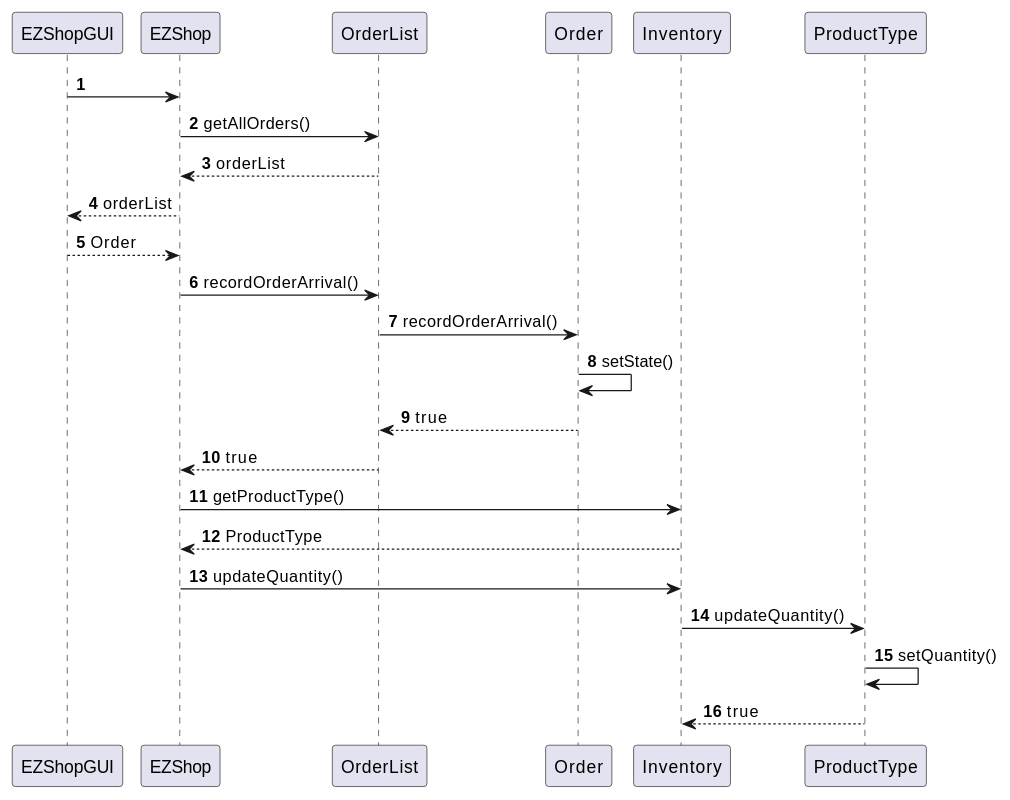
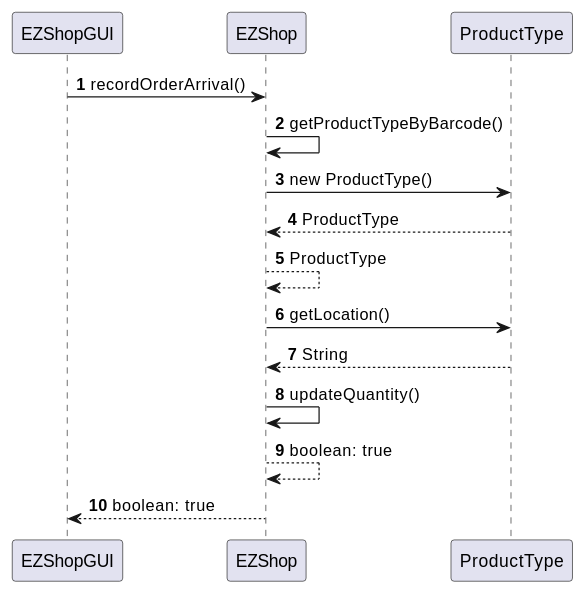
One commit to mkexc/ezshop changed the ninth of 22 diagrams in Deliverables/DesignDocument.md. Above: the diagram before and after it, drawn with PlantUML. The commit also changed other lines of this file and 3 other files, not shown here.

````diff
--- a/Deliverables/DesignDocument.md
+++ b/Deliverables/DesignDocument.md
@@ -325,22 +315,15 @@
 ```plantuml
 @startuml
 autonumber
-EZShopGUI -> EZShop
-
-EZShop -> OrderList : getAllOrders()
-EZShop <-- OrderList : orderList
-EZShop --> EZShopGUI : orderList
-EZShop <-- EZShopGUI : Order
-EZShop -> OrderList : recordOrderArrival()
-OrderList -> Order : recordOrderArrival()
-Order -> Order : setState()
-OrderList <-- Order : true
-EZShop <-- OrderList : true
-EZShop -> Inventory : getProductType()
-EZShop <-- Inventory : ProductType
-EZShop -> Inventory : updateQuantity()
-Inventory -> ProductType : updateQuantity()
-ProductType -> ProductType : setQuantity()
-Inventory <-- ProductType : true
+EZShopGUI -> EZShop : recordOrderArrival()
+EZShop -> EZShop : getProductTypeByBarcode()
+EZShop -> ProductType : new ProductType()
+ProductType --> EZShop : ProductType
+EZShop --> EZShop : ProductType
+EZShop -> ProductType : getLocation()
+ProductType --> EZShop : String
+EZShop -> EZShop : updateQuantity()
+EZShop --> EZShop : boolean: true
+EZShop --> EZShopGUI : boolean: true
 @enduml
 ```
````
